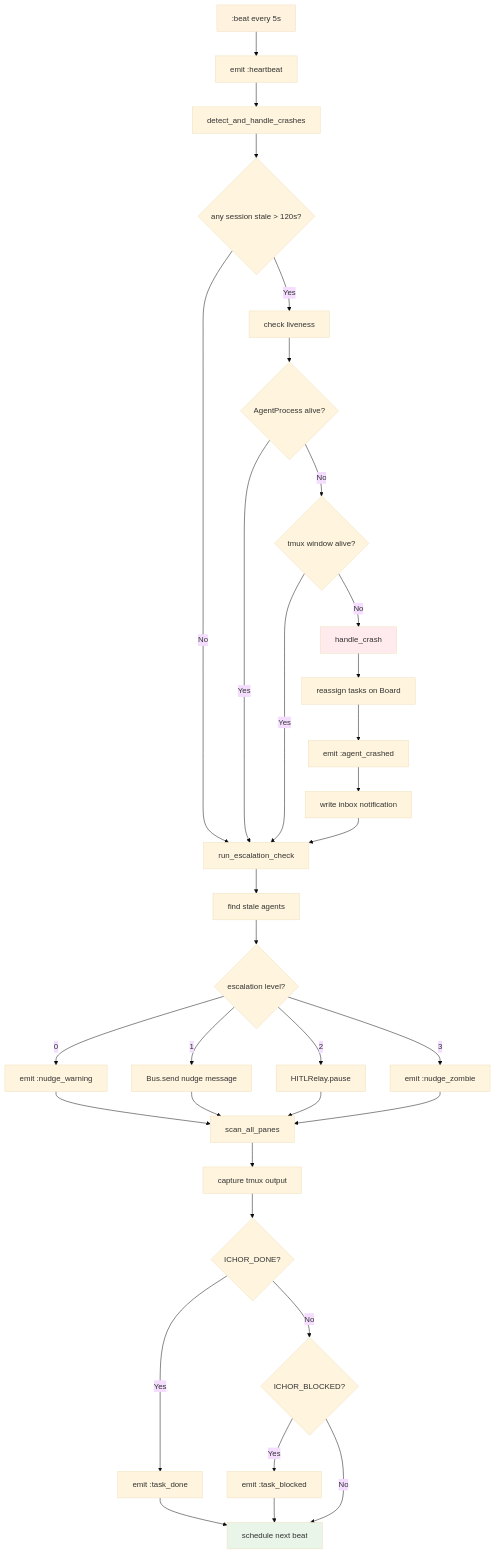
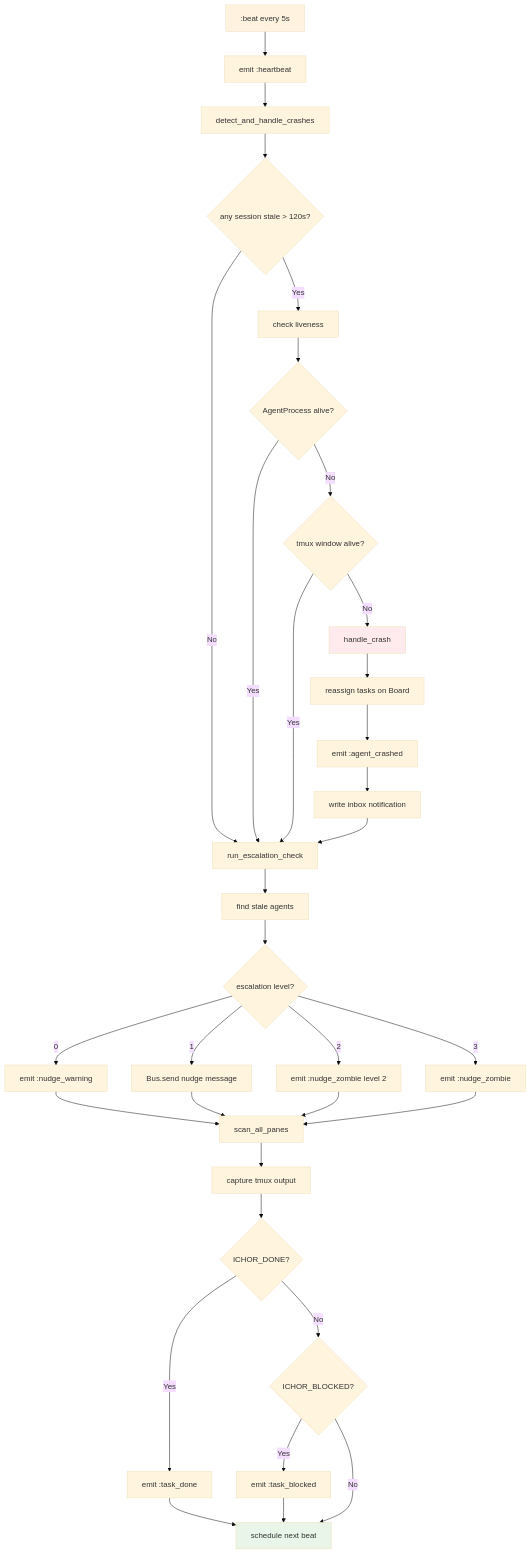
Diagram 12 of 21 in docs/diagrams/architecture.md (architects-of-type-IV/agent-observatory), drawn with Mermaid (base theme) before and after one commit. The commit also changed other lines of this file and 7 other files, not shown here.

First line of the commit message:
docs: sync all architecture docs to hexagonal reorg final state

````diff
--- a/docs/diagrams/architecture.md
+++ b/docs/diagrams/architecture.md
@@ -503,43 +525,43 @@
 ```mermaid
 flowchart TD
     A[":beat every 5s"] --> B[emit :heartbeat]
     B --> C[detect_and_handle_crashes]
     C --> D{any session stale > 120s?}
     D -->|No| F[run_escalation_check]
     D -->|Yes| E[check liveness]
     E --> E1{AgentProcess alive?}
     E1 -->|Yes| F
     E1 -->|No| E2{tmux window alive?}
     E2 -->|Yes| F
     E2 -->|No| E3[handle_crash]
     E3 --> E4[reassign tasks on Board]
     E4 --> E5[emit :agent_crashed]
     E5 --> E6[write inbox notification]
     E6 --> F
 
     F --> G[find stale agents]
     G --> H{escalation level?}
     H -->|0| I[emit :nudge_warning]
     H -->|1| J[Bus.send nudge message]
-    H -->|2| K[HITLRelay.pause]
+    H -->|2| K[emit :nudge_zombie level 2]
     H -->|3| L[emit :nudge_zombie]
 
     I --> M[scan_all_panes]
     J --> M
     K --> M
     L --> M
 
     M --> N[capture tmux output]
     N --> O{ICHOR_DONE?}
     O -->|Yes| P[emit :task_done]
     O -->|No| Q{ICHOR_BLOCKED?}
     Q -->|Yes| R[emit :task_blocked]
     Q -->|No| S[schedule next beat]
 
     P --> S
     R --> S
 
     style A fill:#fff3e0
     style E3 fill:#ffebee
     style S fill:#e8f5e8
 ```
````
